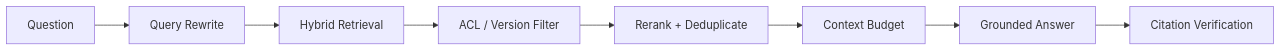
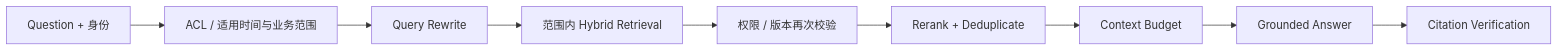
Before and after one commit to yuyangjian-ai/ai-agent-learning-vault: the second of 2 diagrams in 05-项目实战/03-RAG 知识助手.md, drawn with Mermaid. The commit also changed other lines of this file and 62 other files, not shown here.

````diff
--- a/05-项目实战/03-RAG 知识助手.md
+++ b/05-项目实战/03-RAG 知识助手.md
@@ -75,10 +87,11 @@
 ```mermaid
 flowchart LR
-    Q["Question"] --> Rewrite["Query Rewrite"]
-    Rewrite --> Hybrid["Hybrid Retrieval"]
-    Hybrid --> Filter["ACL / Version Filter"]
+    Q["Question + 身份"] --> Scope["ACL / 适用时间与业务范围"]
+    Scope --> Rewrite["Query Rewrite"]
+    Rewrite --> Hybrid["范围内 Hybrid Retrieval"]
+    Hybrid --> Filter["权限 / 版本再次校验"]
     Filter --> Rerank["Rerank + Deduplicate"]
     Rerank --> Budget["Context Budget"]
     Budget --> Generate["Grounded Answer"]
     Generate --> Verify["Citation Verification"]
 ```
````
